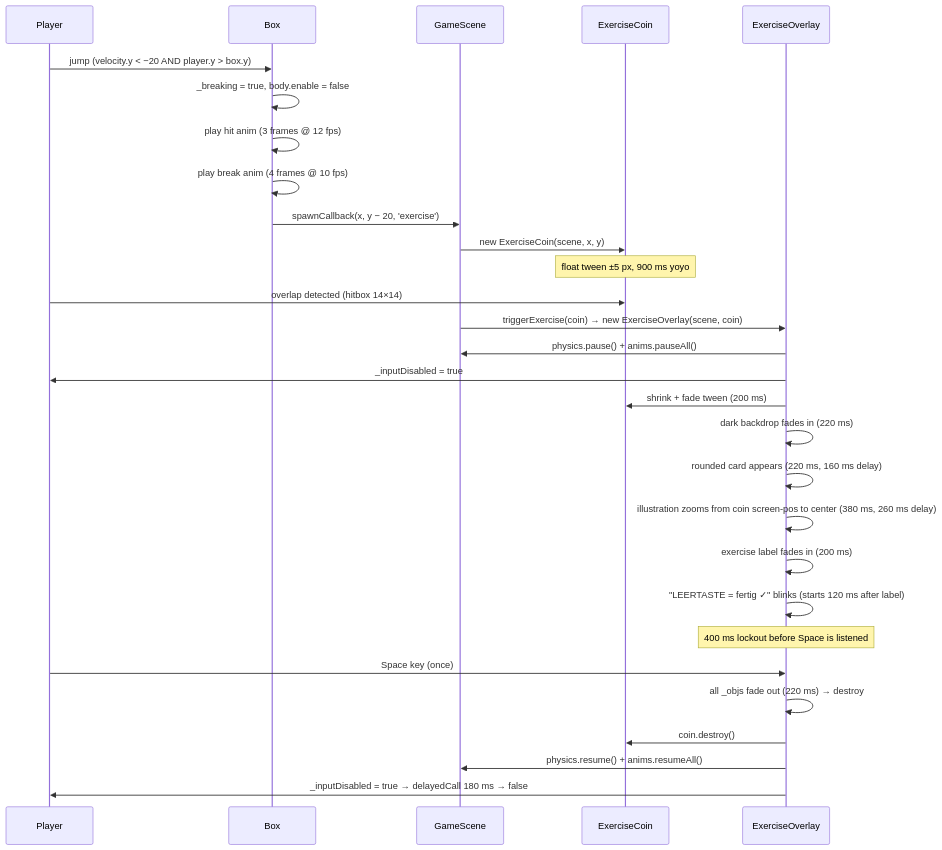
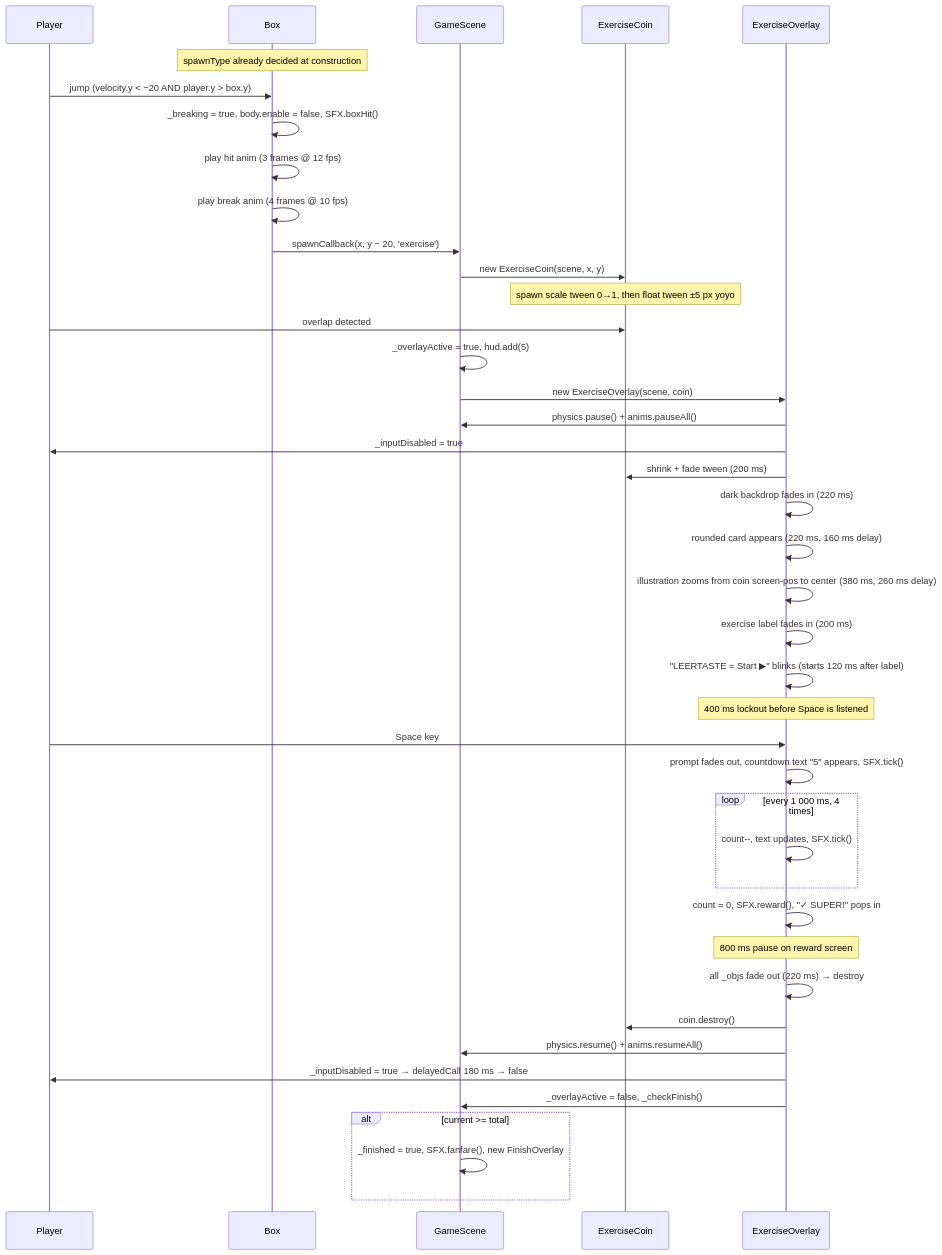
Before and after one commit to jptrmn/side-scroller: the diagram in docs/exercise-flow.md, drawn with Mermaid. The commit also changed other lines of this file and 5 other files, not shown here.

````diff
--- a/docs/exercise-flow.md
+++ b/docs/exercise-flow.md
@@ -9,32 +9,44 @@
 ```mermaid
 sequenceDiagram
     participant P  as Player
     participant B  as Box
     participant GS as GameScene
     participant EC as ExerciseCoin
     participant EO as ExerciseOverlay
 
+    Note over B: spawnType already decided at construction
     P->>B: jump (velocity.y < −20 AND player.y > box.y)
-    B->>B: _breaking = true, body.enable = false
+    B->>B: _breaking = true, body.enable = false, SFX.boxHit()
     B->>B: play hit anim (3 frames @ 12 fps)
     B->>B: play break anim (4 frames @ 10 fps)
     B->>GS: spawnCallback(x, y − 20, 'exercise')
     GS->>EC: new ExerciseCoin(scene, x, y)
-    Note over EC: float tween ±5 px, 900 ms yoyo
-    P->>EC: overlap detected (hitbox 14×14)
-    GS->>EO: triggerExercise(coin) → new ExerciseOverlay(scene, coin)
+    Note over EC: spawn scale tween 0→1, then float tween ±5 px yoyo
+    P->>EC: overlap detected
+    GS->>GS: _overlayActive = true, hud.add(5)
+    GS->>EO: new ExerciseOverlay(scene, coin)
     EO->>GS: physics.pause() + anims.pauseAll()
     EO->>P: _inputDisabled = true
     EO->>EC: shrink + fade tween (200 ms)
     EO->>EO: dark backdrop fades in (220 ms)
     EO->>EO: rounded card appears (220 ms, 160 ms delay)
     EO->>EO: illustration zooms from coin screen-pos to center (380 ms, 260 ms delay)
     EO->>EO: exercise label fades in (200 ms)
-    EO->>EO: "LEERTASTE = fertig ✓" blinks (starts 120 ms after label)
+    EO->>EO: "LEERTASTE = Start ▶" blinks (starts 120 ms after label)
     Note over EO: 400 ms lockout before Space is listened
-    P->>EO: Space key (once)
+    P->>EO: Space key
+    EO->>EO: prompt fades out, countdown text "5" appears, SFX.tick()
+    loop every 1 000 ms, 4 times
+        EO->>EO: count--, text updates, SFX.tick()
+    end
+    EO->>EO: count = 0, SFX.reward(), "✓ SUPER!" pops in
+    Note over EO: 800 ms pause on reward screen
     EO->>EO: all _objs fade out (220 ms) → destroy
     EO->>EC: coin.destroy()
     EO->>GS: physics.resume() + anims.resumeAll()
     EO->>P: _inputDisabled = true → delayedCall 180 ms → false
+    EO->>GS: _overlayActive = false, _checkFinish()
+    alt current >= total
+        GS->>GS: _finished = true, SFX.fanfare(), new FinishOverlay
+    end
 ```
````
